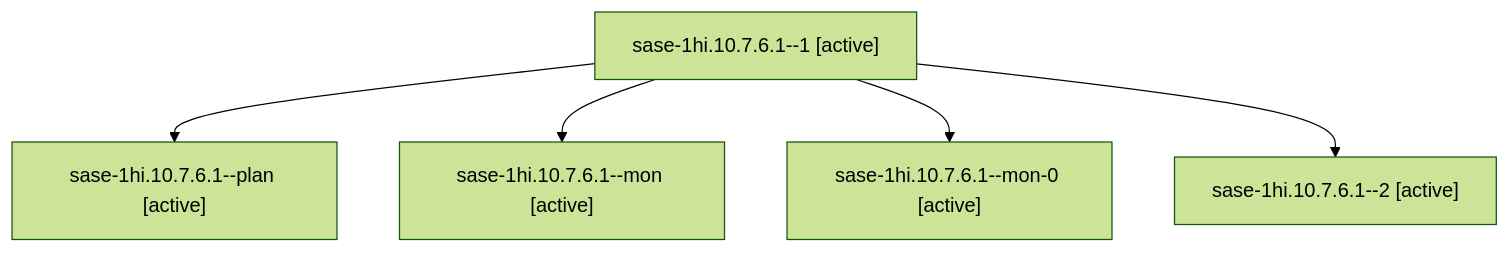
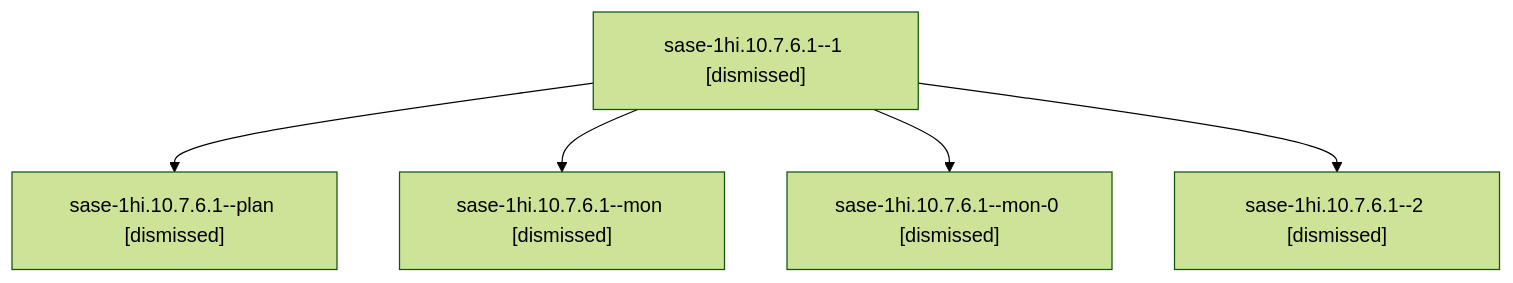
One commit to sase-org/sase--agents changed the diagram in sessions/bbugyi200.apollo.sase-1hi.10.7.6.1.md. Above: the diagram before and after it, drawn with Mermaid (forest theme). The commit also changed other lines of this file and 231 other files, not shown here.

````diff
--- a/sessions/bbugyi200.apollo.sase-1hi.10.7.6.1.md
+++ b/sessions/bbugyi200.apollo.sase-1hi.10.7.6.1.md
@@ -9,12 +9,12 @@
 ```mermaid
 flowchart TD
-  n0["sase-1hi.10.7.6.1--1 [active]"]
-  n1["sase-1hi.10.7.6.1--plan [active]"]
+  n0["sase-1hi.10.7.6.1--1 [dismissed]"]
+  n1["sase-1hi.10.7.6.1--plan [dismissed]"]
   n0 --> n1
-  n2["sase-1hi.10.7.6.1--mon [active]"]
+  n2["sase-1hi.10.7.6.1--mon [dismissed]"]
   n0 --> n2
-  n3["sase-1hi.10.7.6.1--mon-0 [active]"]
+  n3["sase-1hi.10.7.6.1--mon-0 [dismissed]"]
   n0 --> n3
-  n4["sase-1hi.10.7.6.1--2 [active]"]
+  n4["sase-1hi.10.7.6.1--2 [dismissed]"]
   n0 --> n4
 ```
````
